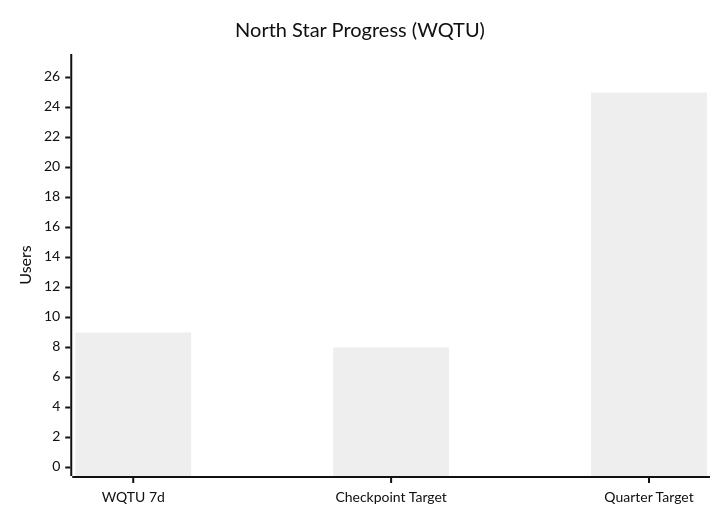
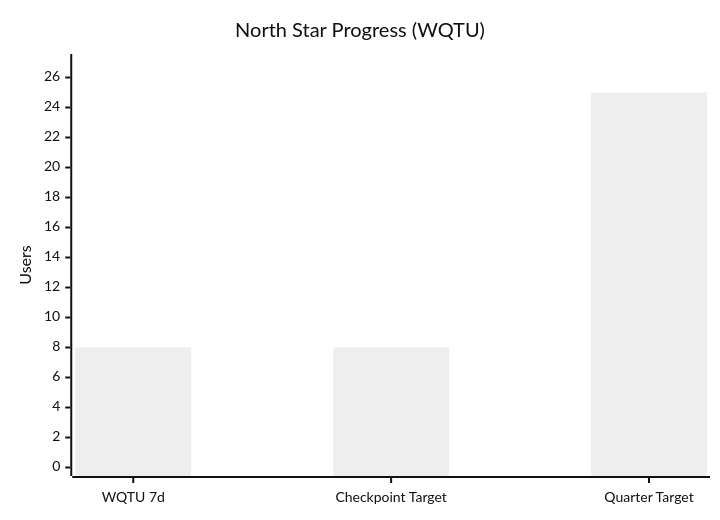
One commit to IgorGanapolsky/Random-Timer changed the second of 4 diagrams in wiki/Paid-Acquisition.md. Above: the diagram before and after it, drawn with Mermaid (neutral theme). The commit also changed other lines of this file and 10 other files, not shown here.

````diff
--- a/wiki/Paid-Acquisition.md
+++ b/wiki/Paid-Acquisition.md
@@ -50,7 +50,7 @@
 ```mermaid
 xychart-beta
     title "North Star Progress (WQTU)"
     x-axis ["WQTU 7d" , "Checkpoint Target" , "Quarter Target"]
     y-axis "Users" 0 --> 27
-    bar [9 , 8 , 25]
+    bar [8 , 8 , 25]
 ```
````
